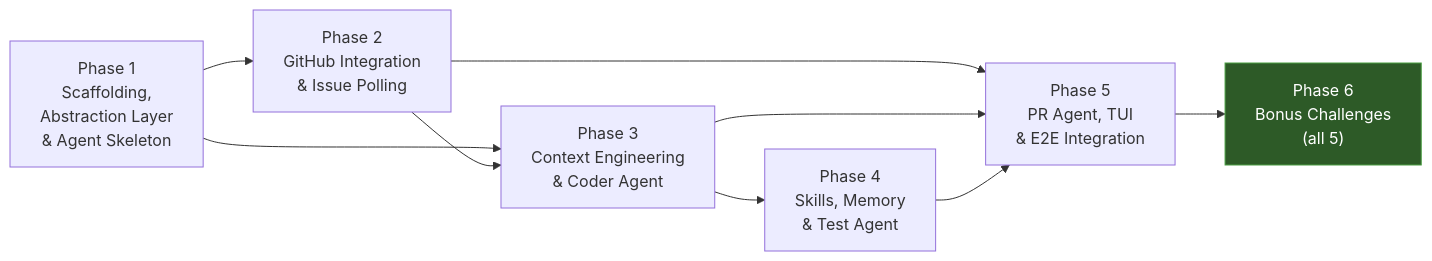
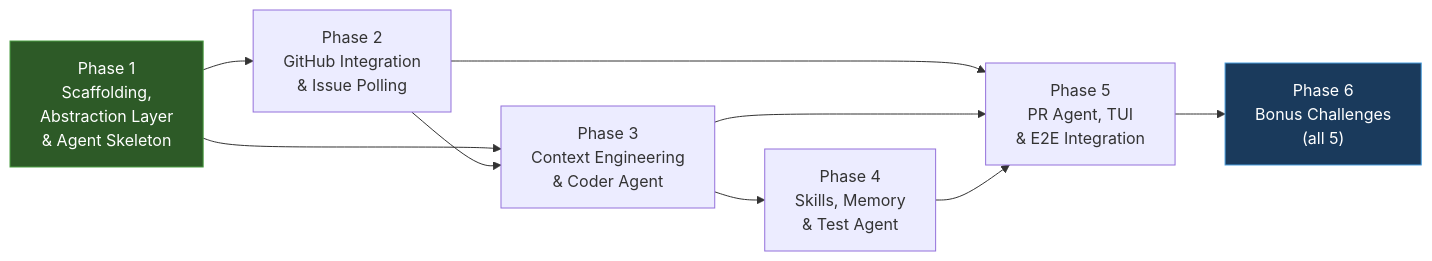
The second of 2 diagrams in docs/implementation_plan.md (saurabhkaushik120692/codepilot-agent), drawn with Mermaid before and after one commit. The commit also changed other lines of this file and 8 other files, not shown here.

````diff
--- a/docs/implementation_plan.md
+++ b/docs/implementation_plan.md
@@ -1098,20 +488,21 @@
 ```mermaid
 graph LR
     P1["Phase 1<br/>Scaffolding,<br/>Abstraction Layer<br/>& Agent Skeleton"]
     P2["Phase 2<br/>GitHub Integration<br/>& Issue Polling"]
     P3["Phase 3<br/>Context Engineering<br/>& Coder Agent"]
     P4["Phase 4<br/>Skills, Memory<br/>& Test Agent"]
     P5["Phase 5<br/>PR Agent, TUI<br/>& E2E Integration"]
     P6["Phase 6<br/>Bonus Challenges<br/>(all 5)"]
 
     P1 --> P2
     P1 --> P3
     P2 --> P3
     P3 --> P4
     P2 --> P5
     P3 --> P5
     P4 --> P5
     P5 --> P6
 
-    style P6 fill:#2d5a27,stroke:#4a9e42,color:#fff
+    style P1 fill:#2d5a27,stroke:#4a9e42,color:#fff
+    style P6 fill:#1a3a5c,stroke:#4a9ede,color:#fff
 ```
````
